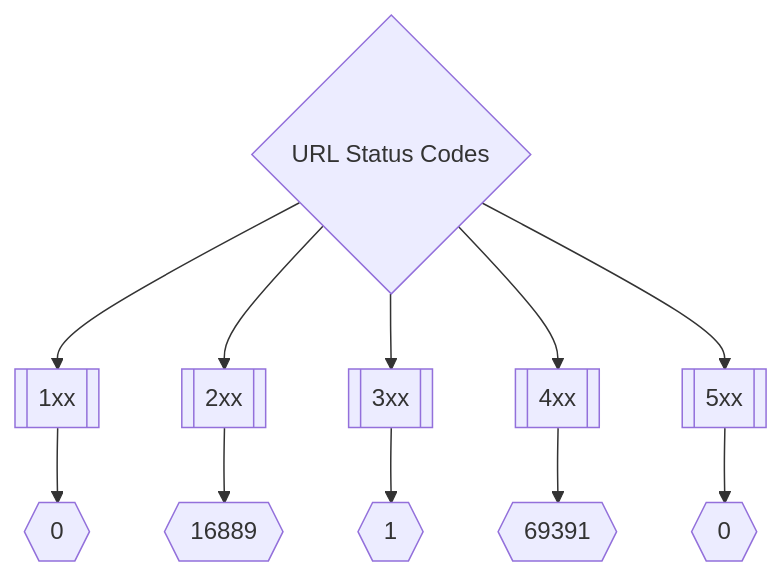
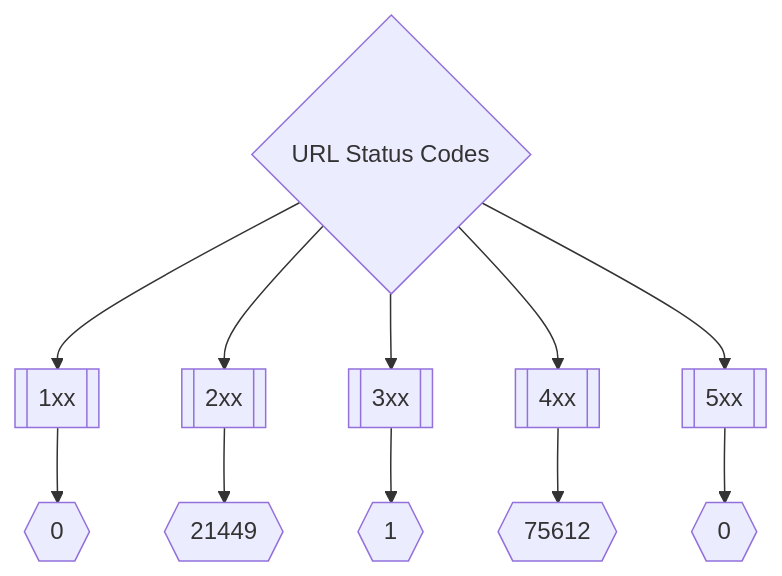
The second of 3 diagrams in README.md (trickest/inventory), drawn with Mermaid before and after one commit. The commit also changed other lines of this file, not shown here.

Commit message:
Update Thu Mar 10 10:34:59 UTC 2022

````diff
--- a/README.md
+++ b/README.md
@@ -173,8 +173,8 @@
 ```mermaid
 graph TD
 title{URL Status Codes} --> 1xx[[1xx]] --> status1xxNum{{0}}
-title --> 2xx[[2xx]] --> status2xxNum{{16889}}
+title --> 2xx[[2xx]] --> status2xxNum{{21449}}
 title --> 3xx[[3xx]] --> status3xxNum{{1}}
-title --> 4xx[[4xx]] --> status4xxNum{{69391}}
+title --> 4xx[[4xx]] --> status4xxNum{{75612}}
 title --> 5xx[[5xx]] --> status5xxNum{{0}}
 ```
````
